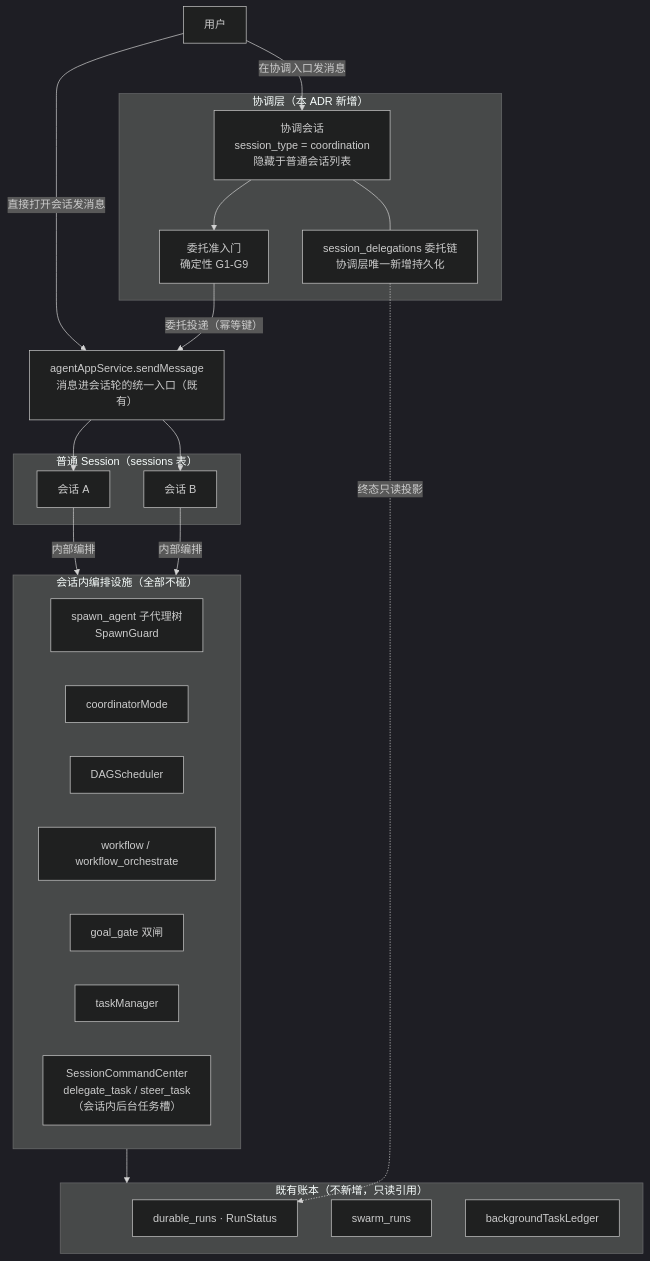
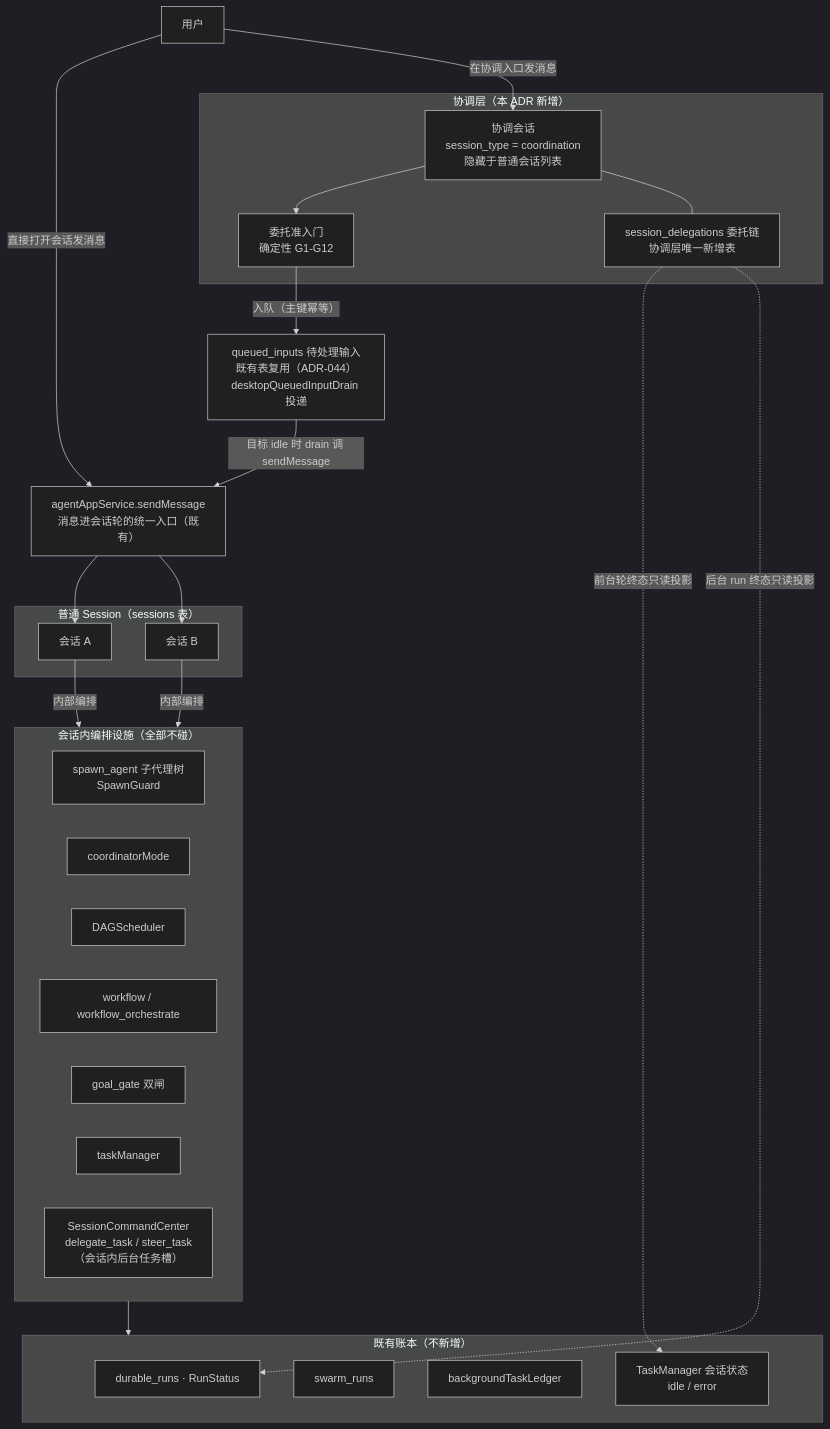
Before and after one commit to baochipham942-eng/code-agent: the third of 3 diagrams in docs/architecture/decisions/ADR-072-cross-session-coordination.md, drawn with Mermaid (dark theme). The commit also changed other lines of this file, not shown here.

Commit message:
docs(adr): ADR-072 R1 — delivery path, gates G10-G12, link durability, testable E-criteria (N-WORKHUB-ADR)

````diff
--- a/docs/architecture/decisions/ADR-072-cross-session-coordination.md
+++ b/docs/architecture/decisions/ADR-072-cross-session-coordination.md
@@ -122,44 +122,48 @@
 ```mermaid
 flowchart TB
     U[用户]
 
     subgraph COORD["协调层（本 ADR 新增）"]
         CS[协调会话<br>session_type = coordination<br>隐藏于普通会话列表]
-        GATE[委托准入门<br>确定性 G1-G9]
-        DG[session_delegations 委托链<br>协调层唯一新增持久化]
+        GATE[委托准入门<br>确定性 G1-G12]
+        DG[session_delegations 委托链<br>协调层唯一新增表]
     end
 
+    QI[queued_inputs 待处理输入<br>既有表复用（ADR-044）<br>desktopQueuedInputDrain 投递]
     SEND[agentAppService.sendMessage<br>消息进会话轮的统一入口（既有）]
 
     subgraph SESSIONS["普通 Session（sessions 表）"]
         SA[会话 A]
         SB[会话 B]
     end
 
     subgraph INSESSION["会话内编排设施（全部不碰）"]
         SP[spawn_agent 子代理树<br>SpawnGuard]
         CM[coordinatorMode]
         DAG[DAGScheduler]
         WF[workflow / workflow_orchestrate]
         GG[goal_gate 双闸]
         TM[taskManager]
         SCC[SessionCommandCenter<br>delegate_task / steer_task<br>（会话内后台任务槽）]
     end
 
-    subgraph LEDGER["既有账本（不新增，只读引用）"]
+    subgraph LEDGER["既有账本（不新增）"]
         DR[durable_runs · RunStatus]
         SR[swarm_runs]
         BL[backgroundTaskLedger]
+        TP[TaskManager 会话状态<br>idle / error]
     end
 
     U -->|直接打开会话发消息| SEND
     U -->|在协调入口发消息| CS
     CS --> GATE
-    GATE -->|委托投递（幂等键）| SEND
+    GATE -->|入队（主键幂等）| QI
+    QI -->|目标 idle 时 drain 调 sendMessage| SEND
     CS --- DG
-    DG -.->|终态只读投影| DR
+    DG -.->|前台轮终态只读投影| TP
+    DG -.->|后台 run 终态只读投影| DR
     SEND --> SA
     SEND --> SB
     SA & SB -->|内部编排| INSESSION
     INSESSION --> LEDGER
 ```
````
